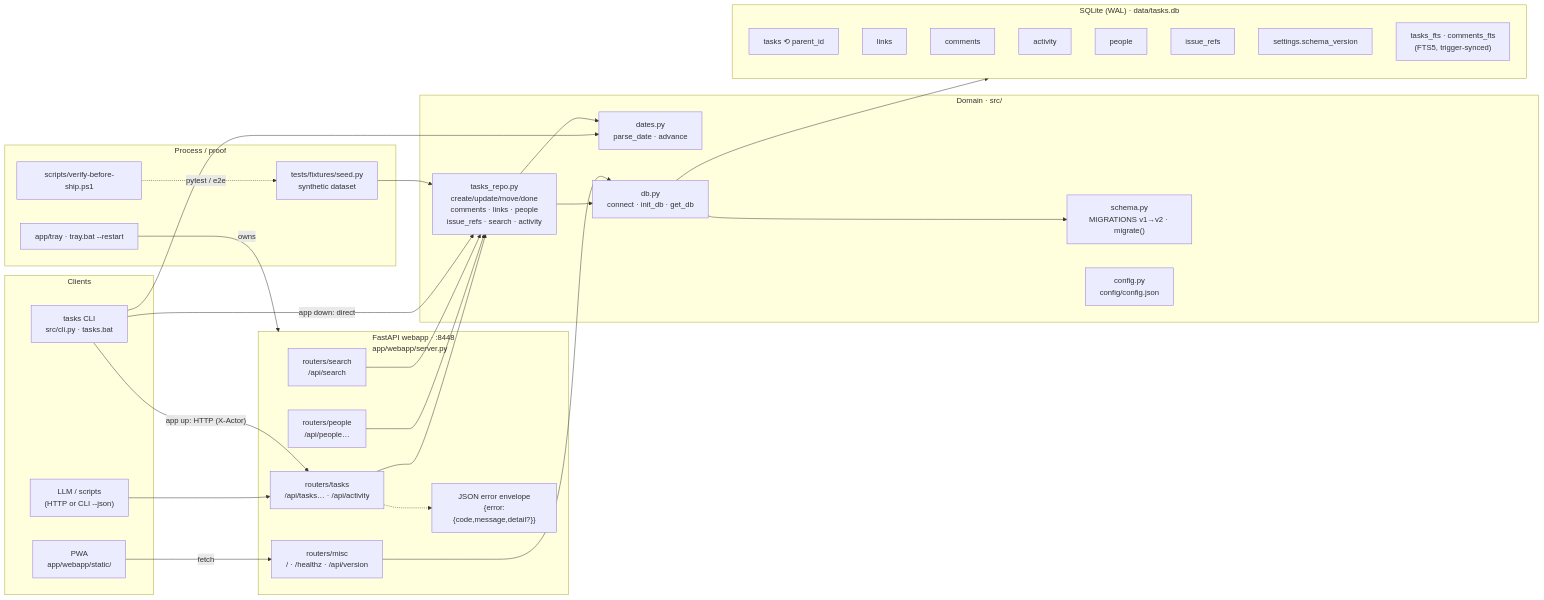
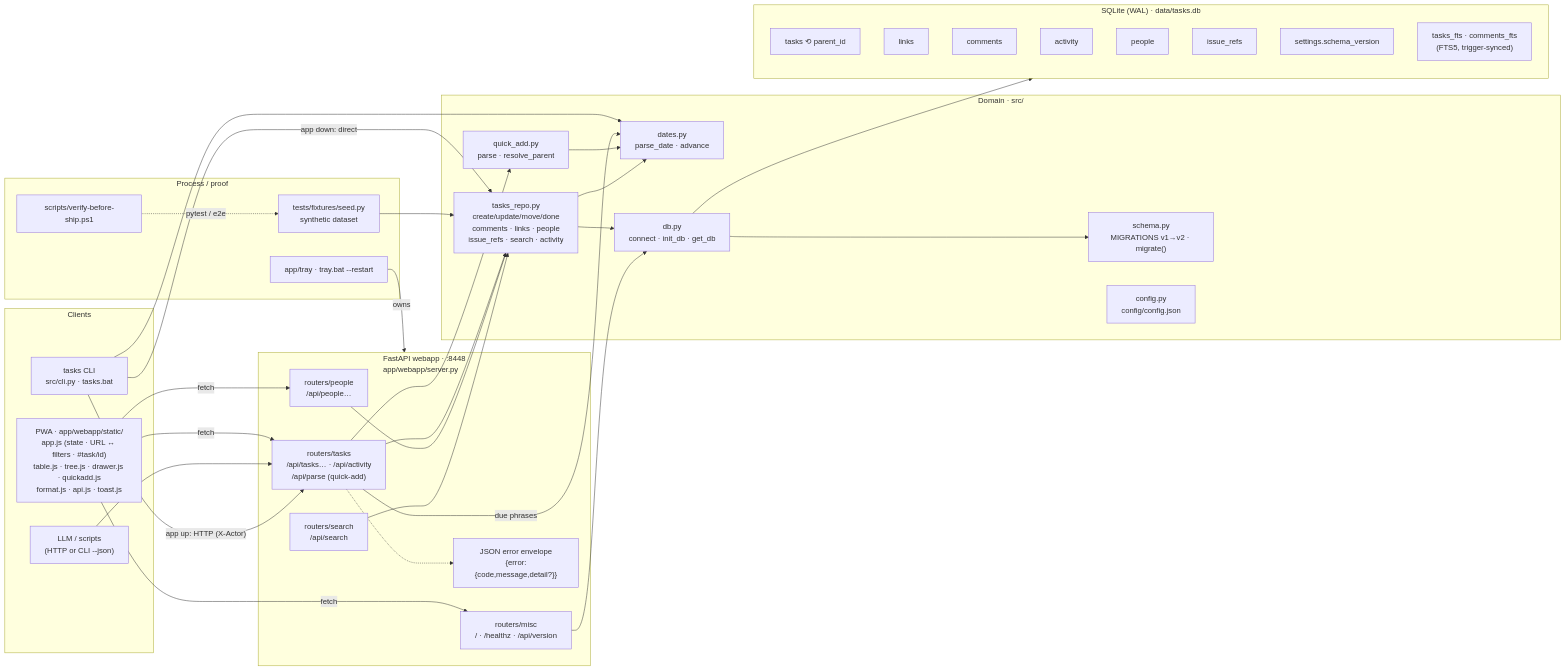
Before and after one commit to ferraroroberto/task-os: the diagram in docs/architecture.mmd, drawn with Mermaid. The commit also changed 34 other files, not shown here.

First line of the commit message:
feat: Table, Tree, task drawer and quick-add (Step 4/13) (#17)

```diff
--- a/docs/architecture.mmd
+++ b/docs/architecture.mmd
@@ -1,60 +1,66 @@
 %% task-os — internal architecture (hand-authored; update in the same PR as
 %% any material structural change: a new route family, a new src module, a
 %% new client surface, a schema step). Not generated, not checked by the gate.
 flowchart LR
   subgraph clients["Clients"]
-    pwa["PWA<br/>app/webapp/static/"]
+    pwa["PWA · app/webapp/static/<br/>app.js (state · URL ↔ filters · #task/id)<br/>table.js · tree.js · drawer.js · quickadd.js<br/>format.js · api.js · toast.js"]
     cli["tasks CLI<br/>src/cli.py · tasks.bat"]
     llm["LLM / scripts<br/>(HTTP or CLI --json)"]
   end
 
   subgraph webapp["FastAPI webapp · :8448<br/>app/webapp/server.py"]
     misc["routers/misc<br/>/ · /healthz · /api/version"]
-    tasksr["routers/tasks<br/>/api/tasks… · /api/activity"]
+    tasksr["routers/tasks<br/>/api/tasks… · /api/activity<br/>/api/parse (quick-add)"]
     peopler["routers/people<br/>/api/people…"]
     searchr["routers/search<br/>/api/search"]
     errors["JSON error envelope<br/>{error:{code,message,detail?}}"]
   end
 
   subgraph domain["Domain · src/"]
     repo["tasks_repo.py<br/>create/update/move/done<br/>comments · links · people<br/>issue_refs · search · activity"]
     dates["dates.py<br/>parse_date · advance"]
+    qa["quick_add.py<br/>parse · resolve_parent"]
     schema["schema.py<br/>MIGRATIONS v1→v2 · migrate()"]
     db["db.py<br/>connect · init_db · get_db"]
     config["config.py<br/>config/config.json"]
   end
 
   subgraph storage["SQLite (WAL) · data/tasks.db"]
     t["tasks ⟲ parent_id"]
     l["links"]
     c["comments"]
     a["activity"]
     p["people"]
     i["issue_refs"]
     s["settings.schema_version"]
     fts["tasks_fts · comments_fts<br/>(FTS5, trigger-synced)"]
   end
 
   subgraph ops["Process / proof"]
     tray["app/tray · tray.bat --restart"]
     gate["scripts/verify-before-ship.ps1"]
     seed["tests/fixtures/seed.py<br/>synthetic dataset"]
   end
 
   pwa -->|fetch| misc
+  pwa -->|fetch| tasksr
+  pwa -->|fetch| peopler
   llm --> tasksr
   cli -->|"app up: HTTP (X-Actor)"| tasksr
   cli -->|"app down: direct"| repo
   cli --> dates
   tasksr --> repo
+  tasksr --> qa
+  tasksr -->|"due phrases"| dates
+  qa --> dates
   peopler --> repo
   searchr --> repo
   tasksr -.-> errors
   repo --> dates
   repo --> db
   db --> schema
   db --> storage
   misc --> db
   tray -->|owns| webapp
   gate -.->|pytest / e2e| seed
   seed --> repo
```
